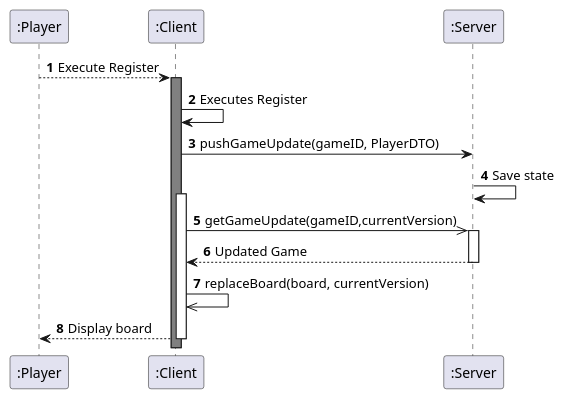
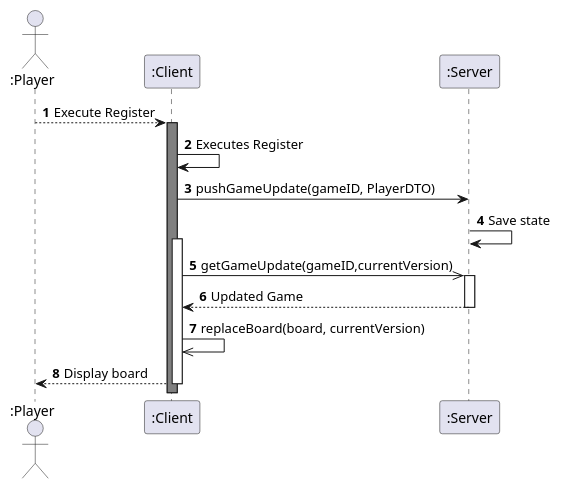
One commit to Gruppe-10-DTU/Roborally3 changed the diagram in src/main/resources/Diagrams/SequenceExecuteRegister.puml. Above: the diagram before and after it, drawn with PlantUML. The commit also changed 1 other file, not shown here.

Commit message:
Changed player from participant to actor.

```diff
--- a/src/main/resources/Diagrams/SequenceExecuteRegister.puml
+++ b/src/main/resources/Diagrams/SequenceExecuteRegister.puml
@@ -1,23 +1,23 @@
 @startuml
 'Sequence Diagram for Execute Register.
-Participant ":Player" as Player
+Actor ":Player" as Player
 Participant ":Client" as Client
 Participant ":Server" as Server
 
 
 autonumber
 Player --> Client : Execute Register
 activate Client #808080
 Client -> Client : Executes Register
 Client -> Server : pushGameUpdate(gameID, PlayerDTO)
 Server -> Server : Save state
 
 activate Client
 Client ->> Server : getGameUpdate(gameID,currentVersion)
 activate Server
 Server --> Client : Updated Game
 deactivate Server
 Client ->> Client : replaceBoard(board, currentVersion)
 Client --> Player : Display board
 deactivate Client
 @enduml
```
